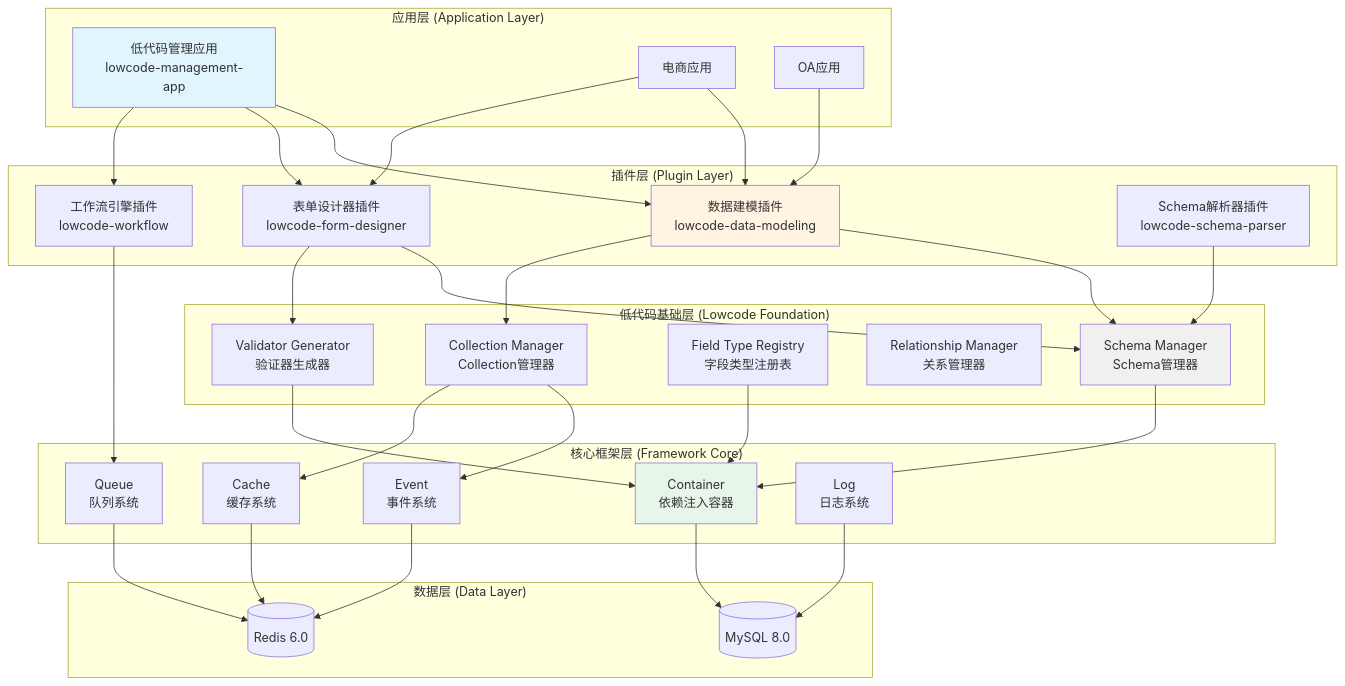
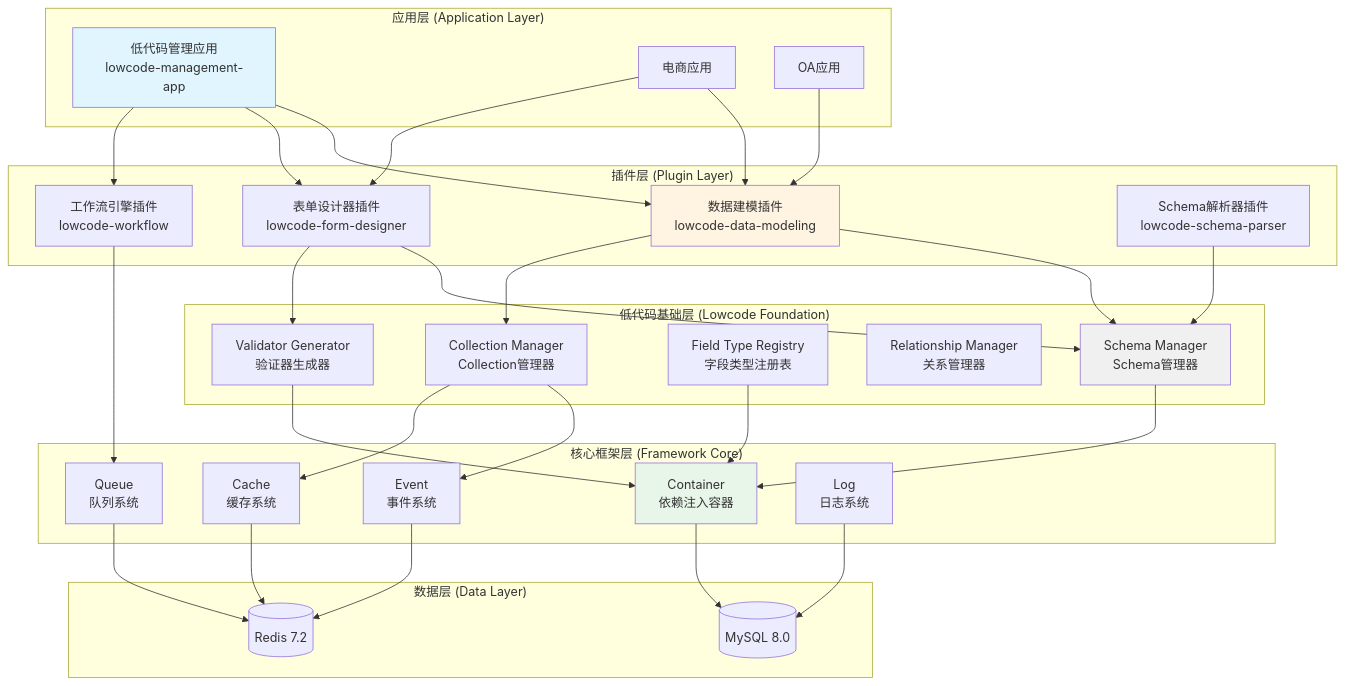
The diagram in design/09-lowcode-framework/40-lowcode-framework-architecture.md (Bensonlam168/AlkaidSYS-tp), drawn with Mermaid before and after one commit. The commit also changed other lines of this file and 48 other files, not shown here.

````diff
--- a/design/09-lowcode-framework/40-lowcode-framework-architecture.md
+++ b/design/09-lowcode-framework/40-lowcode-framework-architecture.md
@@ -1219,67 +1221,67 @@
 ```mermaid
 graph TB
     subgraph "应用层 (Application Layer)"
         LMA[低代码管理应用<br/>lowcode-management-app]
         EA[电商应用]
         OA[OA应用]
     end
 
     subgraph "插件层 (Plugin Layer)"
         DMP[数据建模插件<br/>lowcode-data-modeling]
         FDP[表单设计器插件<br/>lowcode-form-designer]
         WFP[工作流引擎插件<br/>lowcode-workflow]
         SPP[Schema解析器插件<br/>lowcode-schema-parser]
     end
 
     subgraph "低代码基础层 (Lowcode Foundation)"
         SM[Schema Manager<br/>Schema管理器]
         CM[Collection Manager<br/>Collection管理器]
         FTR[Field Type Registry<br/>字段类型注册表]
         RM[Relationship Manager<br/>关系管理器]
         VG[Validator Generator<br/>验证器生成器]
     end
 
     subgraph "核心框架层 (Framework Core)"
         Container[Container<br/>依赖注入容器]
         Event[Event<br/>事件系统]
         Cache[Cache<br/>缓存系统]
         Queue[Queue<br/>队列系统]
         Log[Log<br/>日志系统]
     end
 
     subgraph "数据层 (Data Layer)"
         MySQL[(MySQL 8.0)]
-        Redis[(Redis 6.0)]
+        Redis[(Redis 7.2)]
     end
 
     LMA --> DMP
     LMA --> FDP
     LMA --> WFP
     EA --> DMP
     EA --> FDP
     OA --> DMP
 
     DMP --> SM
     DMP --> CM
     FDP --> SM
     FDP --> VG
     WFP --> Queue
     SPP --> SM
 
     SM --> Container
     CM --> Event
     CM --> Cache
     FTR --> Container
     VG --> Container
 
     Container --> MySQL
     Event --> Redis
     Cache --> Redis
     Queue --> Redis
     Log --> MySQL
 
     style LMA fill:#e1f5ff
     style DMP fill:#fff4e1
     style SM fill:#f0f0f0
     style Container fill:#e8f5e9
 ```
````
